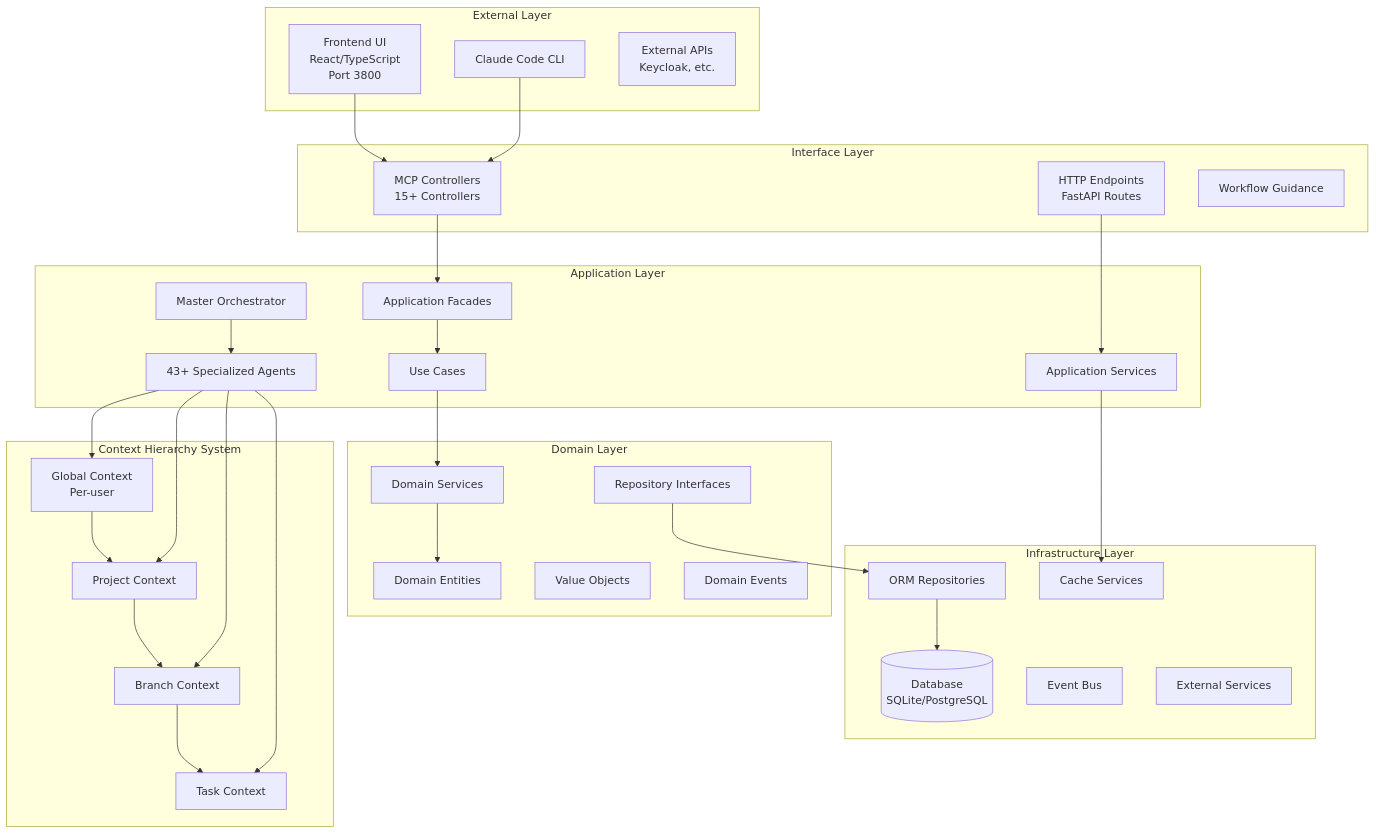
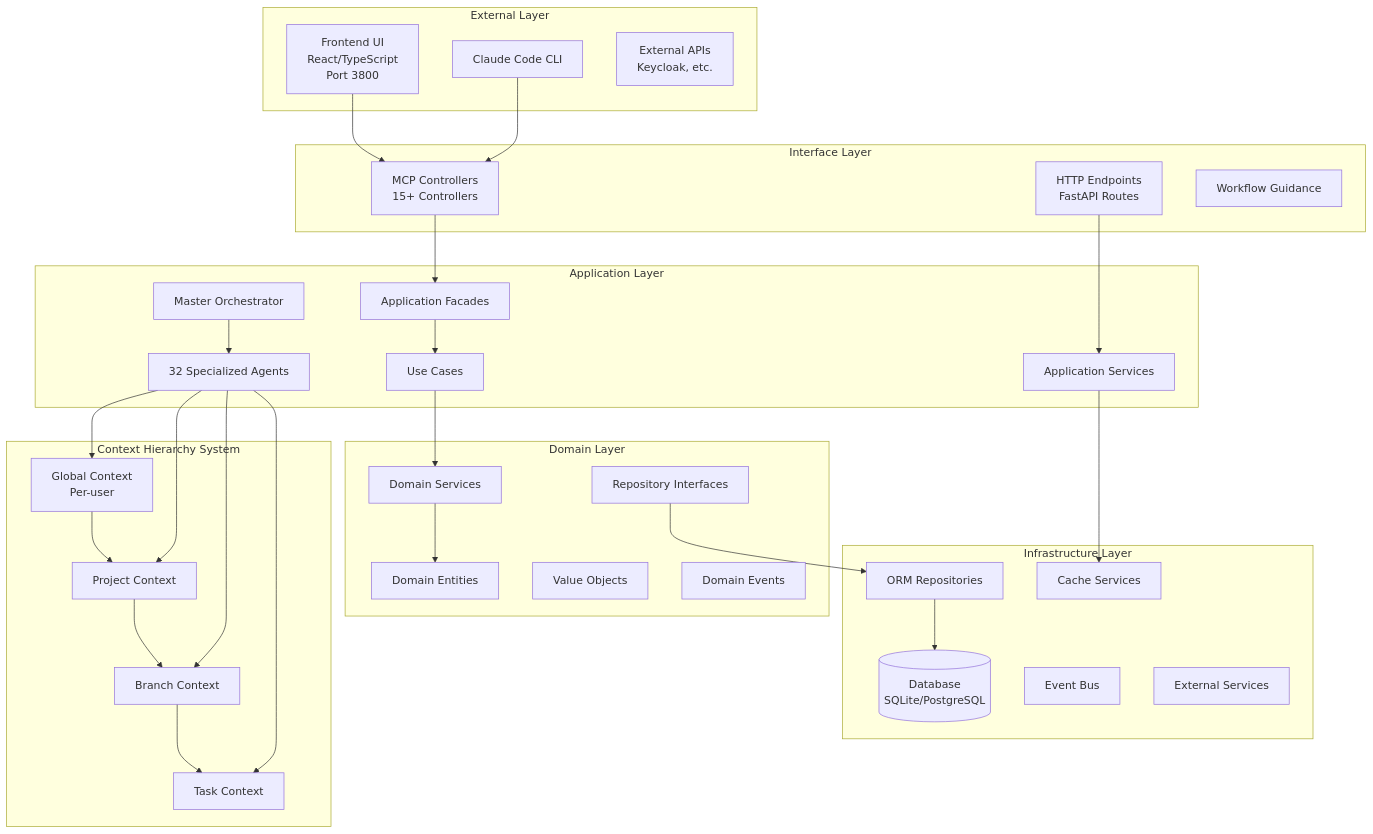
Before and after one commit to phamhung075/4genthub: the first of 4 diagrams in ai_docs/core-architecture/system-architecture-overview.md, drawn with Mermaid. The commit also changed other lines of this file and 26 other files, not shown here.

````diff
--- a/ai_docs/core-architecture/system-architecture-overview.md
+++ b/ai_docs/core-architecture/system-architecture-overview.md
@@ -23,68 +23,68 @@
 ```mermaid
 graph TB
     subgraph "External Layer"
         UI[Frontend UI<br/>React/TypeScript<br/>Port 3800]
         CLI[Claude Code CLI]
         API[External APIs<br/>Keycloak, etc.]
     end
     
     subgraph "Interface Layer"
         MCP[MCP Controllers<br/>15+ Controllers]
         HTTP[HTTP Endpoints<br/>FastAPI Routes]
         WF[Workflow Guidance]
     end
     
     subgraph "Application Layer"
         ORCH[Master Orchestrator]
-        AGENTS[43+ Specialized Agents]
+        AGENTS[32 Specialized Agents]
         FACADE[Application Facades]
         SERVICES[Application Services]
         USE_CASES[Use Cases]
     end
     
     subgraph "Domain Layer"
         ENT[Domain Entities]
         VO[Value Objects]
         DOM_SVC[Domain Services]
         EVENTS[Domain Events]
         REPO_INT[Repository Interfaces]
     end
     
     subgraph "Infrastructure Layer"
         REPO[ORM Repositories]
         DB[(Database<br/>SQLite/PostgreSQL)]
         CACHE[Cache Services]
         EVENT_BUS[Event Bus]
         EXT_SVC[External Services]
     end
     
     subgraph "Context Hierarchy System"
         GLOBAL[Global Context<br/>Per-user]
         PROJECT[Project Context]
         BRANCH[Branch Context]
         TASK[Task Context]
         
         GLOBAL --> PROJECT
         PROJECT --> BRANCH
         BRANCH --> TASK
     end
     
     UI --> MCP
     CLI --> MCP
     MCP --> FACADE
     HTTP --> SERVICES
     
     ORCH --> AGENTS
     FACADE --> USE_CASES
     USE_CASES --> DOM_SVC
     DOM_SVC --> ENT
     
     REPO_INT --> REPO
     REPO --> DB
     SERVICES --> CACHE
     
     AGENTS --> GLOBAL
     AGENTS --> PROJECT
     AGENTS --> BRANCH
     AGENTS --> TASK
 ```
````
